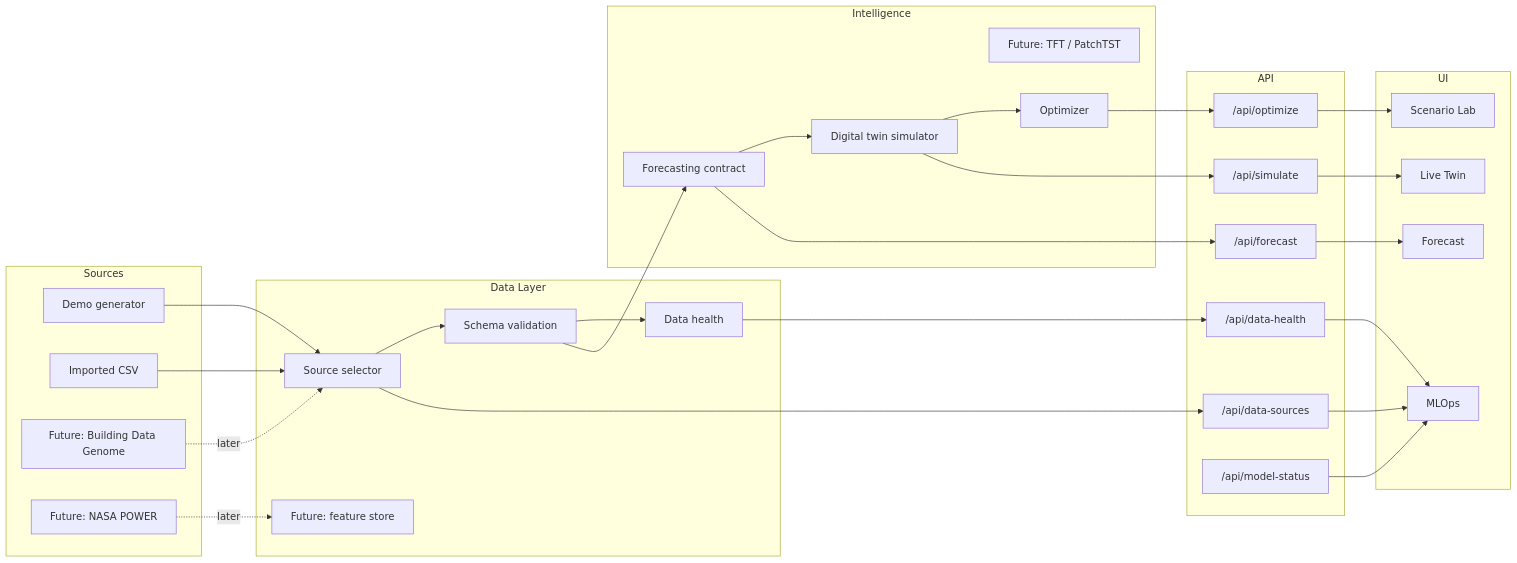
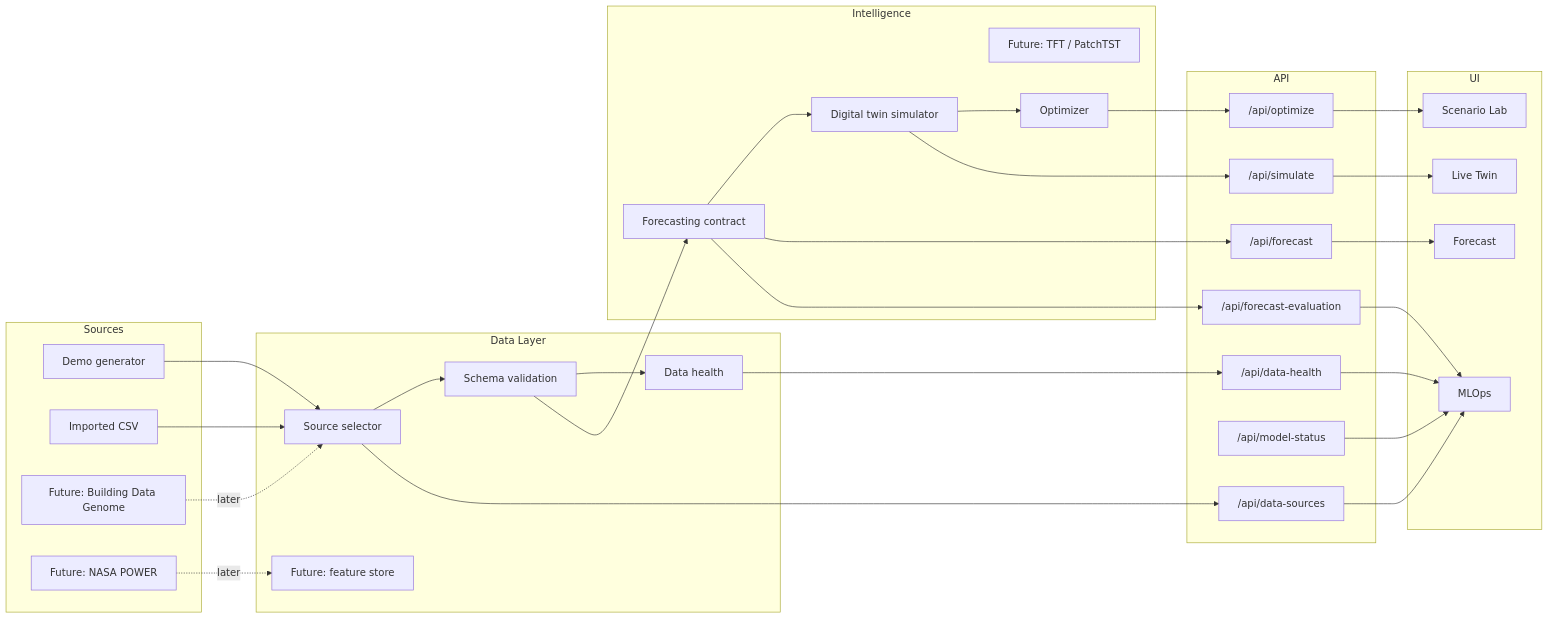
One commit to 4rajravi/EnergyTwin changed the first of 4 diagrams in docs/system-design.md. Above: the diagram before and after it, drawn with Mermaid. The commit also changed other lines of this file and 14 other files, not shown here.

````diff
--- a/docs/system-design.md
+++ b/docs/system-design.md
@@ -21,60 +21,63 @@
 ```mermaid
 flowchart LR
     subgraph Sources
         A1[Demo generator]
         A2[Imported CSV]
         A3[Future: Building Data Genome]
         A4[Future: NASA POWER]
     end
 
     subgraph Data Layer
         B1[Source selector]
         B2[Schema validation]
         B3[Data health]
         B4[Future: feature store]
     end
 
     subgraph Intelligence
         C1[Forecasting contract]
         C2[Future: TFT / PatchTST]
         C3[Digital twin simulator]
         C4[Optimizer]
     end
 
     subgraph API
         D1["/api/data-sources"]
         D2["/api/data-health"]
         D3["/api/forecast"]
         D4["/api/simulate"]
         D5["/api/optimize"]
         D6["/api/model-status"]
+        D7["/api/forecast-evaluation"]
     end
 
     subgraph UI
         E1[Live Twin]
         E2[Forecast]
         E3[Scenario Lab]
         E4[MLOps]
     end
 
     A1 --> B1
     A2 --> B1
     A3 -. "later" .-> B1
     A4 -. "later" .-> B4
     B1 --> B2
     B2 --> B3
     B2 --> C1
     C1 --> C3
     C3 --> C4
     C1 --> D3
+    C1 --> D7
     C3 --> D4
     C4 --> D5
     B1 --> D1
     B3 --> D2
     D1 --> E4
     D2 --> E4
     D3 --> E2
     D4 --> E1
     D5 --> E3
     D6 --> E4
+    D7 --> E4
 ```
````
